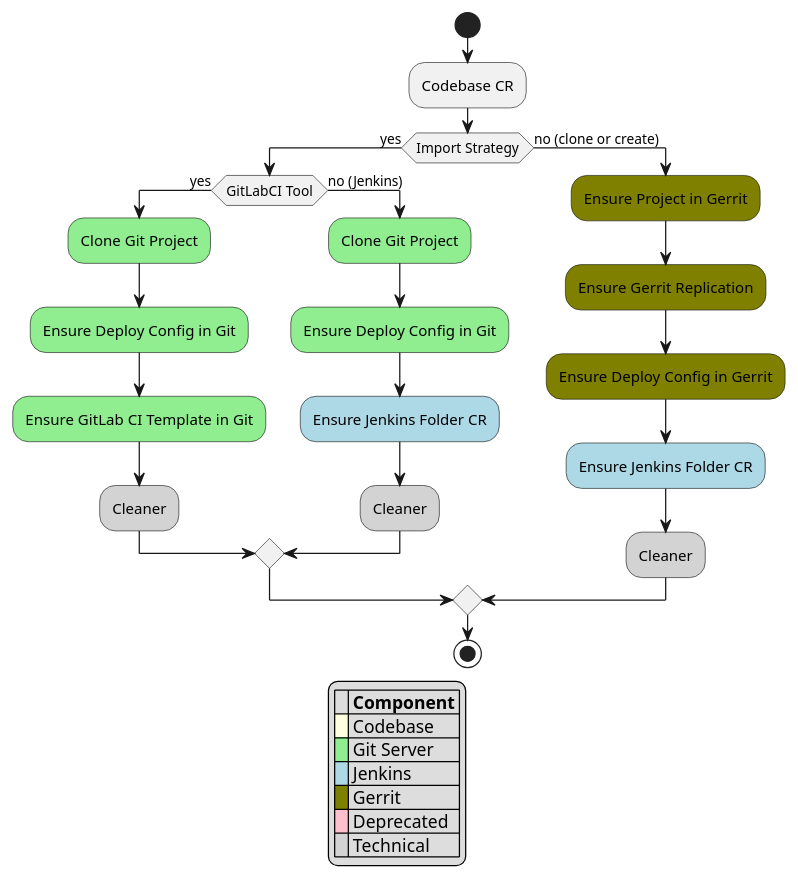
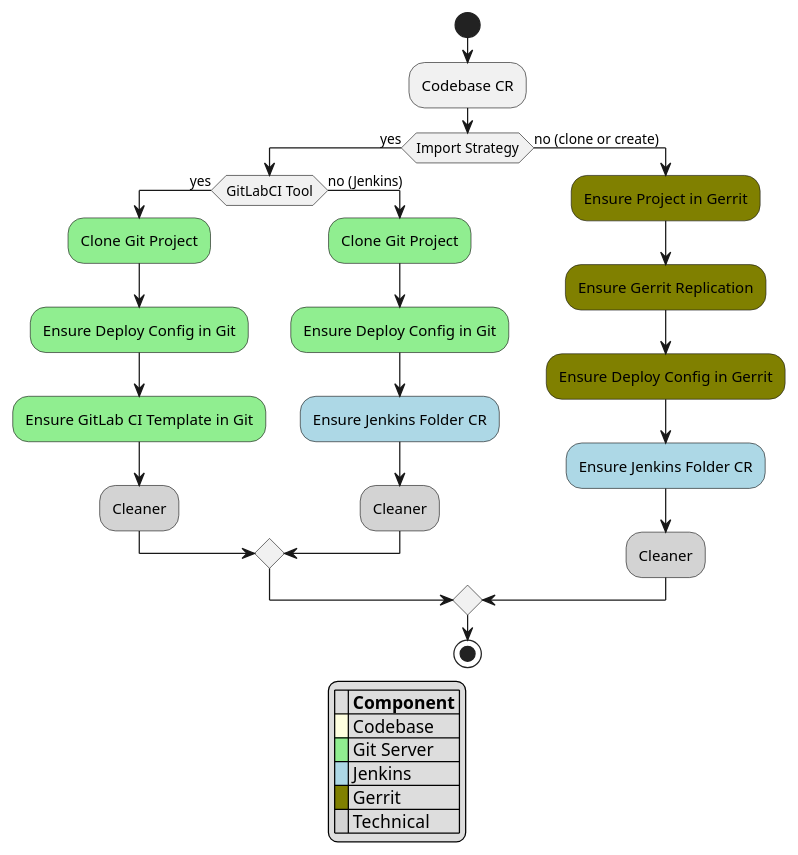
One commit to epam/edp-codebase-operator changed the diagram in documentation/puml/codebase_chain.puml. Above: the diagram before and after it, drawn with PlantUML. The commit also changed 1 other file, not shown here.

Commit message:
[EPMDEDP-5848]: Fix the diagram appearance

```diff
--- a/documentation/puml/codebase_chain.puml
+++ b/documentation/puml/codebase_chain.puml
@@ -1,34 +1,33 @@
 @startuml
 start
 :Codebase CR;
 if (Import Strategy) then (yes)
     if (GitLabCI Tool) then (yes)
         #lightgreen:Clone Git Project;
         #lightgreen:Ensure Deploy Config in Git;
         #lightgreen:Ensure GitLab CI Template in Git;
         #lightgrey:Cleaner;
     else (no (Jenkins))
         #lightgreen:Clone Git Project;
         #lightgreen:Ensure Deploy Config in Git;
         #lightblue:Ensure Jenkins Folder CR;
         #lightgrey:Cleaner;
     endif
 else (no (clone or create))
     #olive:Ensure Project in Gerrit;
     #olive:Ensure Gerrit Replication;
     #olive:Ensure Deploy Config in Gerrit;
     #lightblue:Ensure Jenkins Folder CR;
     #lightgrey:Cleaner;
 endif
 stop
 
 legend
 |= |= Component |
 |<back:#lightyellow>   </back>| Codebase |
 |<back:#lightgreen>   </back>| Git Server |
 |<back:#lightblue>   </back>| Jenkins |
 |<back:#olive>   </back>| Gerrit |
-|<back:#pink>   </back>| Deprecated |
 |<back:#lightgrey>   </back>| Technical  |
 endlegend
 @enduml
```
